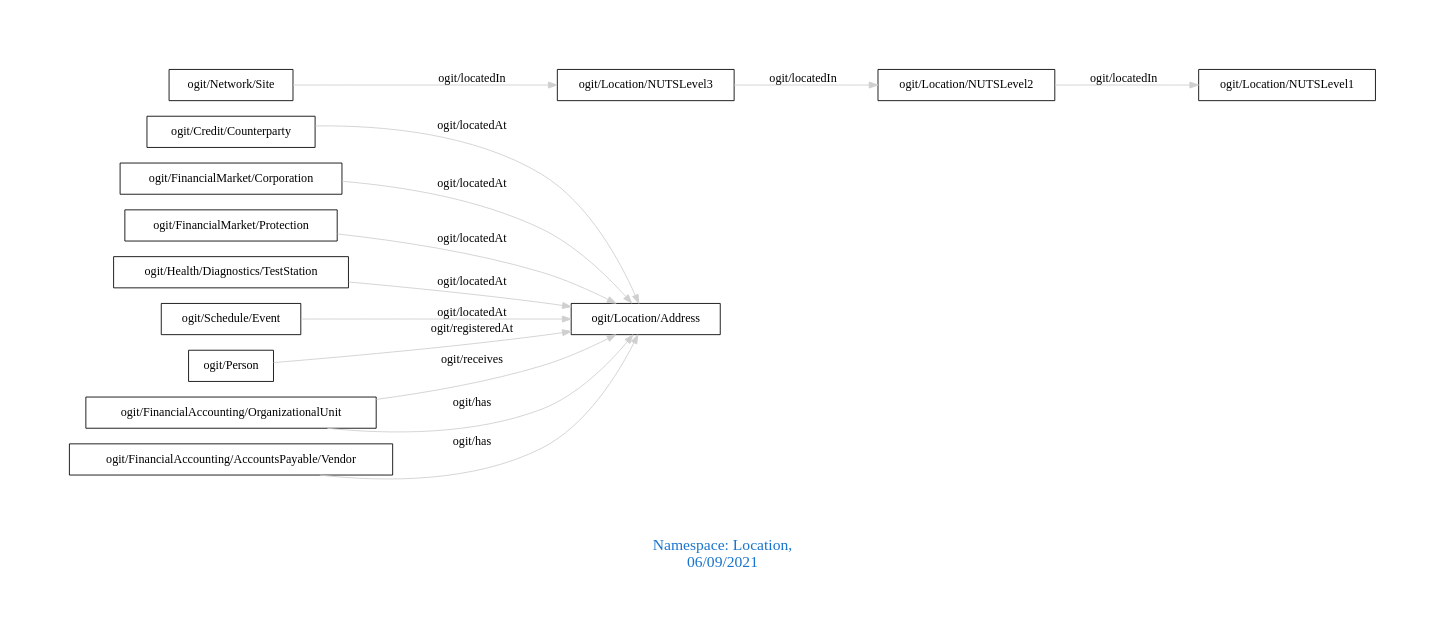
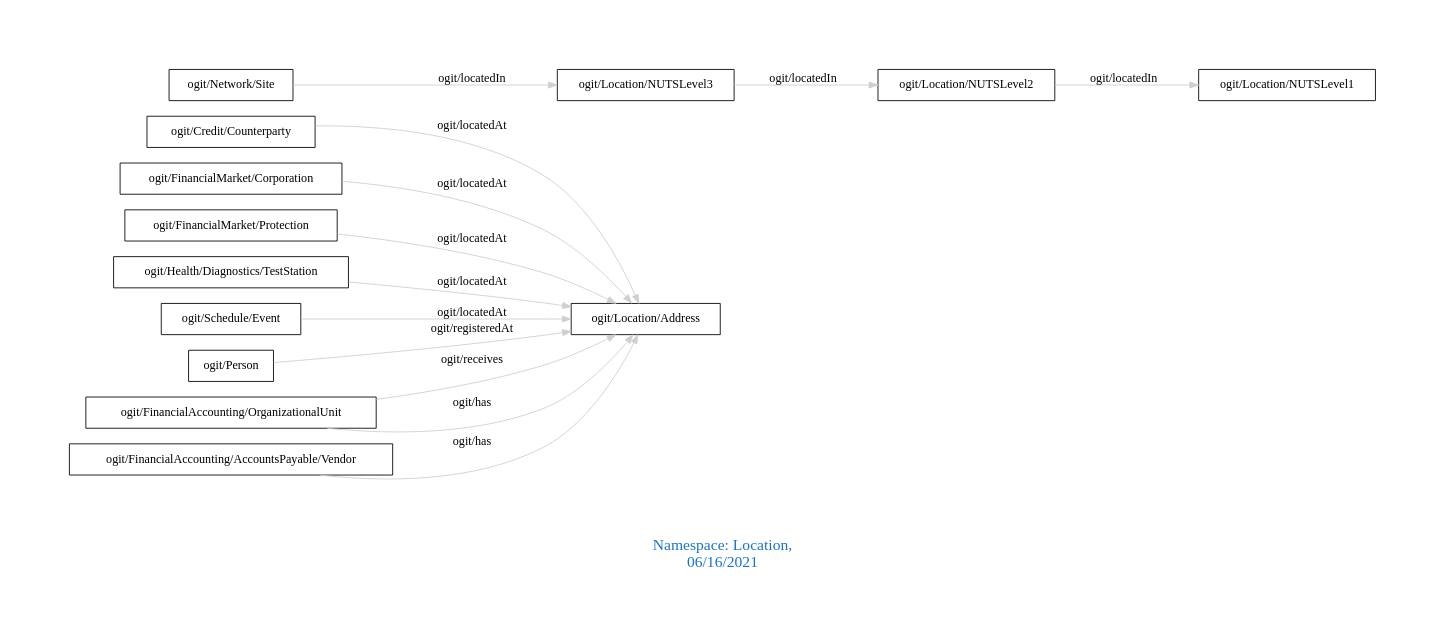
Before and after one commit to arago/OGIT: the diagram in downloads/Location.dot, drawn with Graphviz. The commit also changed 1884 other files, not shown here.

```diff
--- a/downloads/Location.dot
+++ b/downloads/Location.dot
@@ -1,20 +1,20 @@
 digraph OGIT_ontology {
  graph [ rankdir= LR,pad=1 
 fontsize = 18,
-fontcolor= dodgerblue3,label = "\n\n\nNamespace: Location, \n 06/09/2021"];
+fontcolor= dodgerblue3,label = "\n\n\nNamespace: Location, \n 06/16/2021"];
 node[shape=polygon];
 edge [  color="gray81"];
 
    "ogit/Credit/Counterparty" -> "ogit/Location/Address" [label="   ogit/locatedAt    "];
    "ogit/FinancialMarket/Corporation" -> "ogit/Location/Address" [label="   ogit/locatedAt    "];
    "ogit/FinancialMarket/Protection" -> "ogit/Location/Address" [label="   ogit/locatedAt    "];
    "ogit/Health/Diagnostics/TestStation" -> "ogit/Location/Address" [label="   ogit/locatedAt    "];
    "ogit/Schedule/Event" -> "ogit/Location/Address" [label="   ogit/locatedAt    "];
    "ogit/Location/NUTSLevel2" -> "ogit/Location/NUTSLevel1" [label="   ogit/locatedIn    "];
    "ogit/Location/NUTSLevel3" -> "ogit/Location/NUTSLevel2" [label="   ogit/locatedIn    "];
    "ogit/Network/Site" -> "ogit/Location/NUTSLevel3" [label="   ogit/locatedIn    "];
    "ogit/Person" -> "ogit/Location/Address" [label="   ogit/registeredAt    "];
    "ogit/FinancialAccounting/OrganizationalUnit" -> "ogit/Location/Address" [label="   ogit/receives    "];
    "ogit/FinancialAccounting/AccountsPayable/Vendor" -> "ogit/Location/Address" [label="   ogit/has    "];
    "ogit/FinancialAccounting/OrganizationalUnit" -> "ogit/Location/Address" [label="   ogit/has    "];
 }
```
